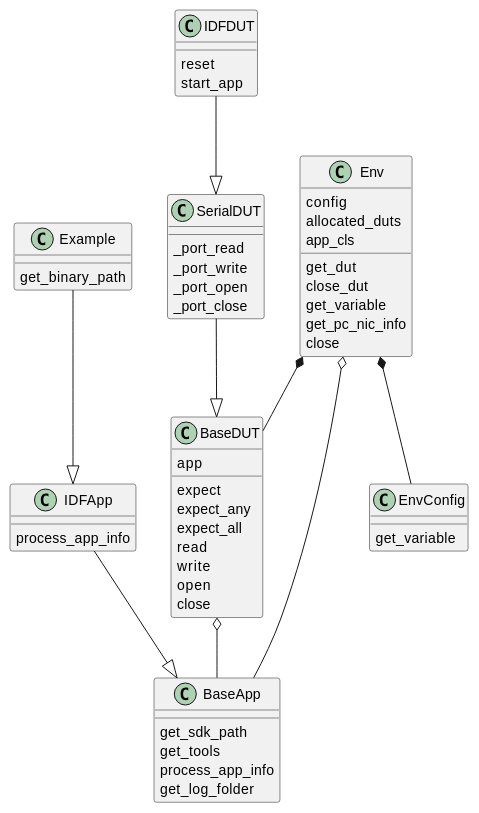
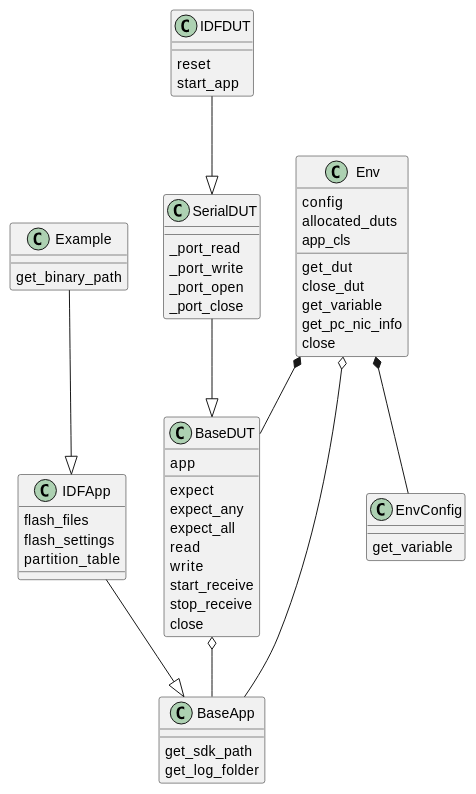
The diagram in esp-idf/tools/tiny-test-fw/docs/index.rst (olegantonyan/rmpd_player), drawn with PlantUML before and after one commit. The commit also changed other lines of this file and 937 other files, not shown here.

```diff
--- a/esp-idf/tools/tiny-test-fw/docs/index.rst
+++ b/esp-idf/tools/tiny-test-fw/docs/index.rst
@@ -116,56 +116,57 @@
 .. uml::
 
    class BaseDUT {
    {field} app
    {method} expect
    {method} expect_any
    {method} expect_all
    {method} read
    {method} write
-   {method} open
+   {method} start_receive
+   {method} stop_receive
    {method} close
    }
    class SerialDUT {
    {method} _port_read
    {method} _port_write
    {method} _port_open
    {method} _port_close
    }
    class IDFDUT {
    {method} reset
    {method} start_app
    }
    class BaseApp {
    {method} get_sdk_path
-   {method} get_tools
-   {method} process_app_info
    {method} get_log_folder
    }
    class IDFApp {
-   {method} process_app_info
+   {field} flash_files
+   {field} flash_settings
+   {field} partition_table
    }
    class Example {
    {method} get_binary_path
    }
    class EnvConfig {
    {method} get_variable
    }
    class Env {
    {field} config
    {field} allocated_duts
    {field} app_cls
    {method} get_dut
    {method} close_dut
    {method} get_variable
    {method} get_pc_nic_info
    {method} close
    }
 
    SerialDUT --|> BaseDUT
    IDFDUT --|> SerialDUT
    IDFApp --|> BaseApp
    Example --|> IDFApp
    Env *-- EnvConfig
    Env *-- BaseDUT
    Env o-- BaseApp
    BaseDUT o-- BaseApp
```
